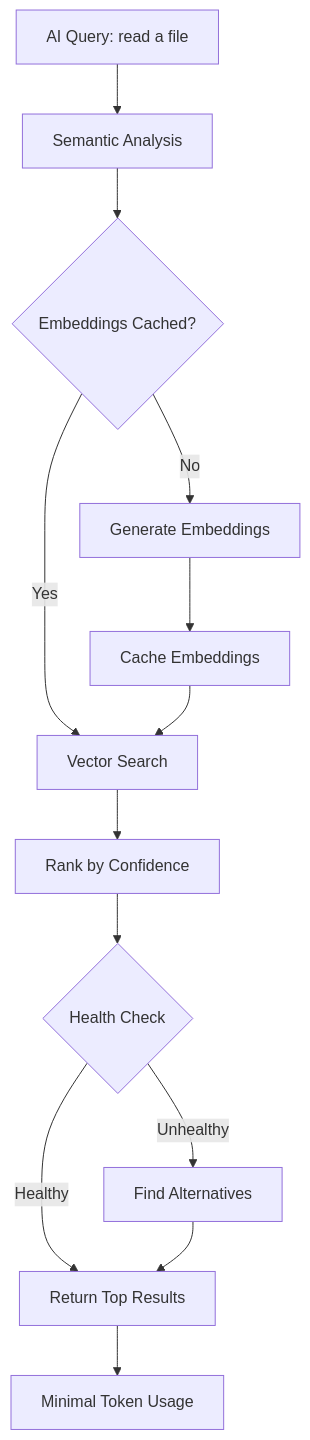
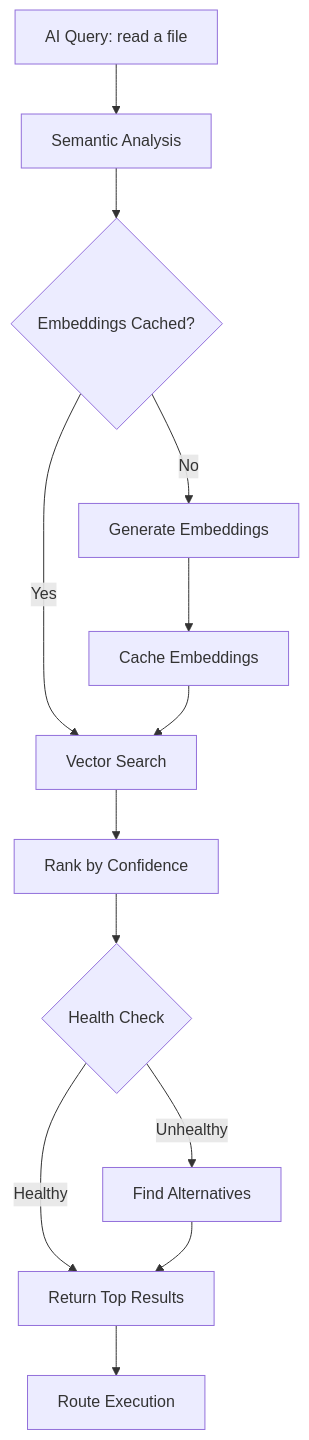
One commit to portel-dev/ncp changed the second of 3 diagrams in HOW-IT-WORKS.md. Above: the diagram before and after it, drawn with Mermaid. The commit also changed other lines of this file, not shown here.

````diff
--- a/HOW-IT-WORKS.md
+++ b/HOW-IT-WORKS.md
@@ -142,15 +69,15 @@
 ```mermaid
 flowchart TD
     Query["AI Query: read a file"] --> Semantic[Semantic Analysis]
     Semantic --> Cache{Embeddings Cached?}
     Cache -->|Yes| Search[Vector Search]
     Cache -->|No| Generate[Generate Embeddings]
     Generate --> Store[Cache Embeddings]
     Store --> Search
     Search --> Rank[Rank by Confidence]
     Rank --> Health{Health Check}
     Health -->|Healthy| Return[Return Top Results]
     Health -->|Unhealthy| Alternative[Find Alternatives]
     Alternative --> Return
-    Return --> Tokens[Minimal Token Usage]
+    Return --> Execute[Route Execution]
 ```
````
